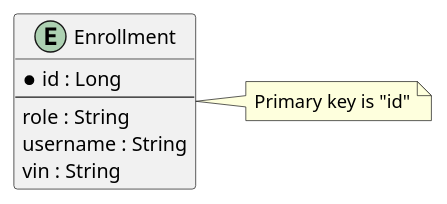
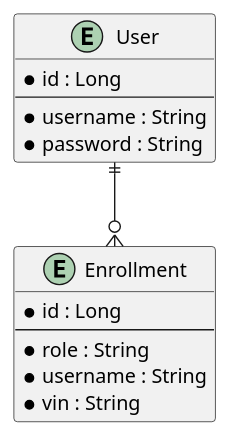
The fourth of 4 diagrams in enrollment/documentation/detaileddesign.adoc (Dinesh-s95/AutoDoc.ai), drawn with PlantUML before and after one commit. The commit also changed other lines of this file and 4 other files, not shown here.

```diff
--- a/enrollment/documentation/detaileddesign.adoc
+++ b/enrollment/documentation/detaileddesign.adoc
@@ -235,14 +236,21 @@
 [plantuml, er-diagram, png]
 ----
 @startuml
+entity "User" {
+    * id : Long
+    --
+    * username : String
+    * password : String
+}
+
 entity "Enrollment" {
     * id : Long
-    ---
-    role : String
-    username : String
-    vin : String
+    --
+    * role : String
+    * username : String
+    * vin : String
 }
 
-note right of "Enrollment" : Primary key is "id"
+User ||--o{ Enrollment
 @enduml
 ----
```
